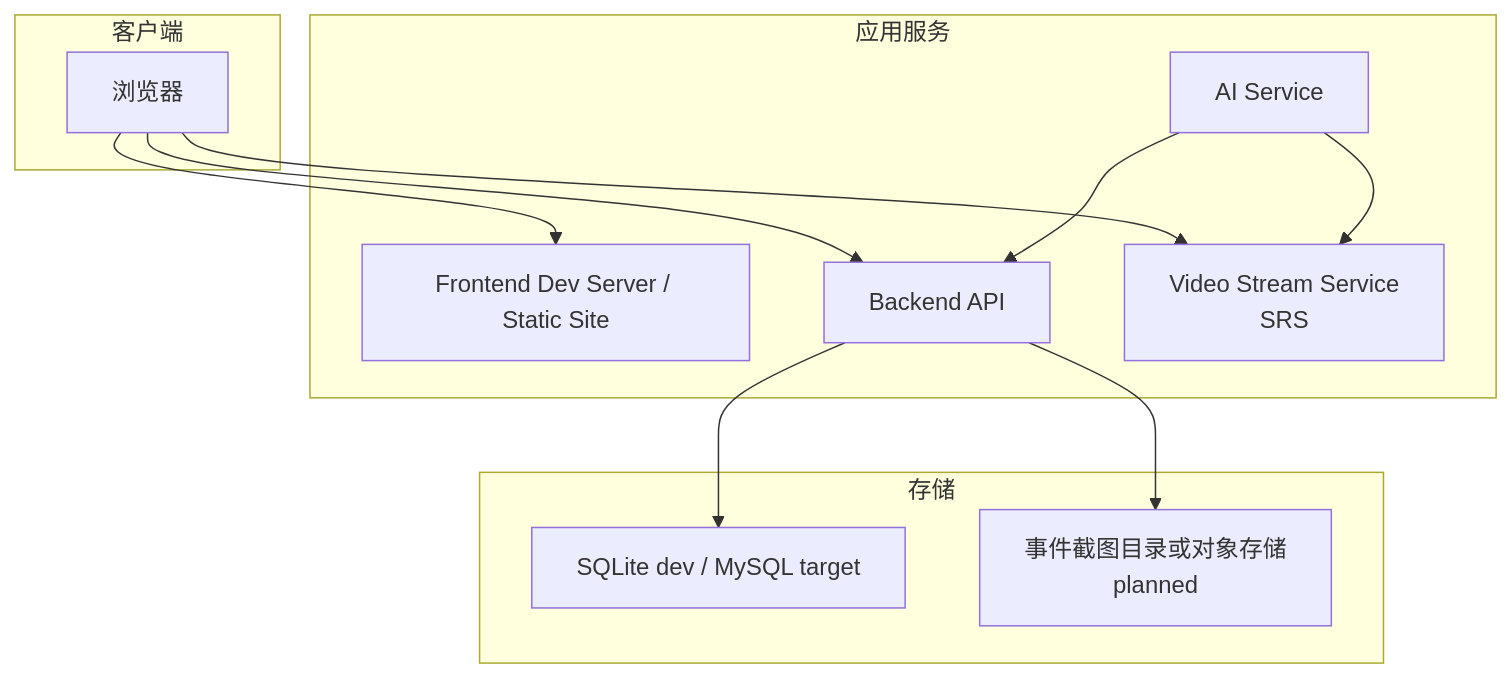
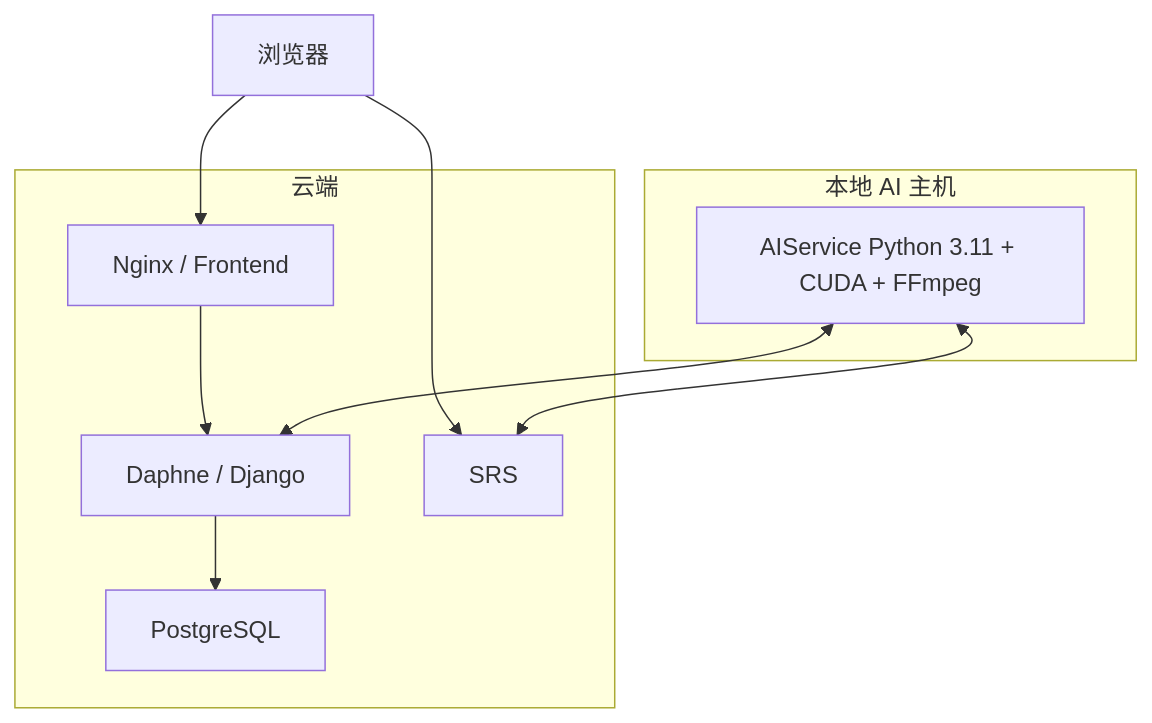
The third of 3 diagrams in docs/03-architecture-design.md (YuzhSong/FactoryVision), drawn with Mermaid before and after one commit. The commit also changed other lines of this file and 86 other files, not shown here.

````diff
--- a/docs/03-architecture-design.md
+++ b/docs/03-architecture-design.md
@@ -81,26 +66,18 @@
 ```mermaid
 flowchart TB
-    subgraph Client["客户端"]
-        Browser["浏览器"]
+    subgraph Cloud["云端"]
+        Nginx["Nginx / Frontend"]
+        Backend["Daphne / Django"]
+        Postgres["PostgreSQL"]
+        SRS["SRS"]
+        Nginx --> Backend
+        Backend --> Postgres
     end
-
-    subgraph App["应用服务"]
-        FE["Frontend Dev Server / Static Site"]
-        BE["Backend API"]
-        AI["AI Service"]
-        VS["Video Stream Service<br/>SRS"]
+    Browser["浏览器"] --> Nginx
+    Browser --> SRS
+    subgraph Edge["本地 AI 主机"]
+        AI["AIService Python 3.11 + CUDA + FFmpeg"]
     end
-
-    subgraph Storage["存储"]
-        DB["SQLite dev / MySQL target"]
-        Snap["事件截图目录或对象存储<br/>planned"]
-    end
-
-    Browser --> FE
-    Browser --> BE
-    Browser --> VS
-    AI --> VS
-    AI --> BE
-    BE --> DB
-    BE --> Snap
+    AI <--> SRS
+    AI <--> Backend
 ```
````
